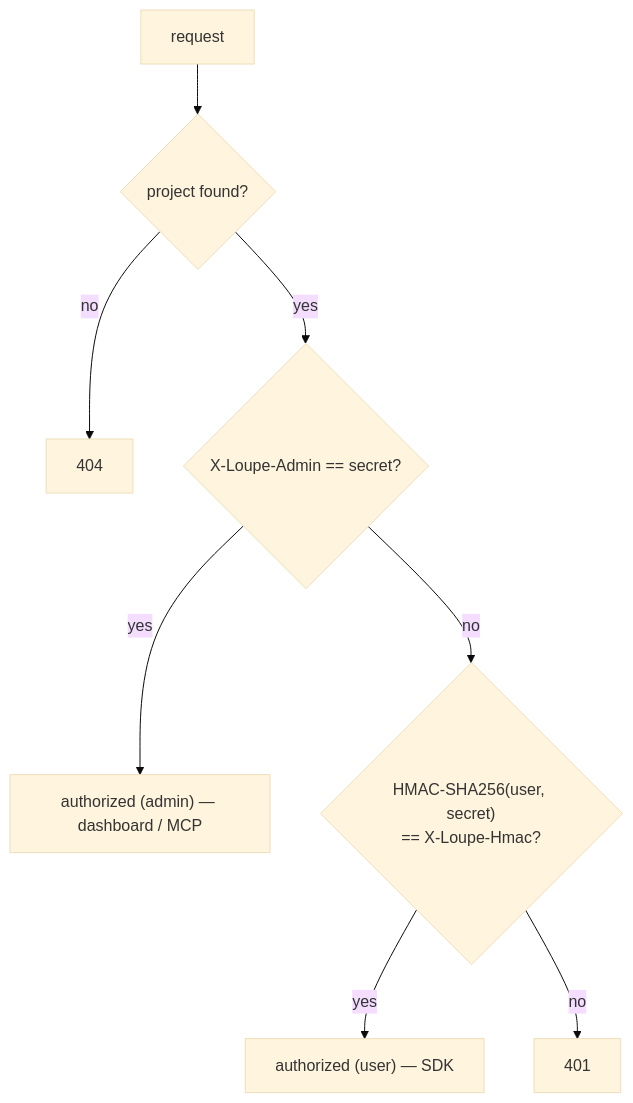
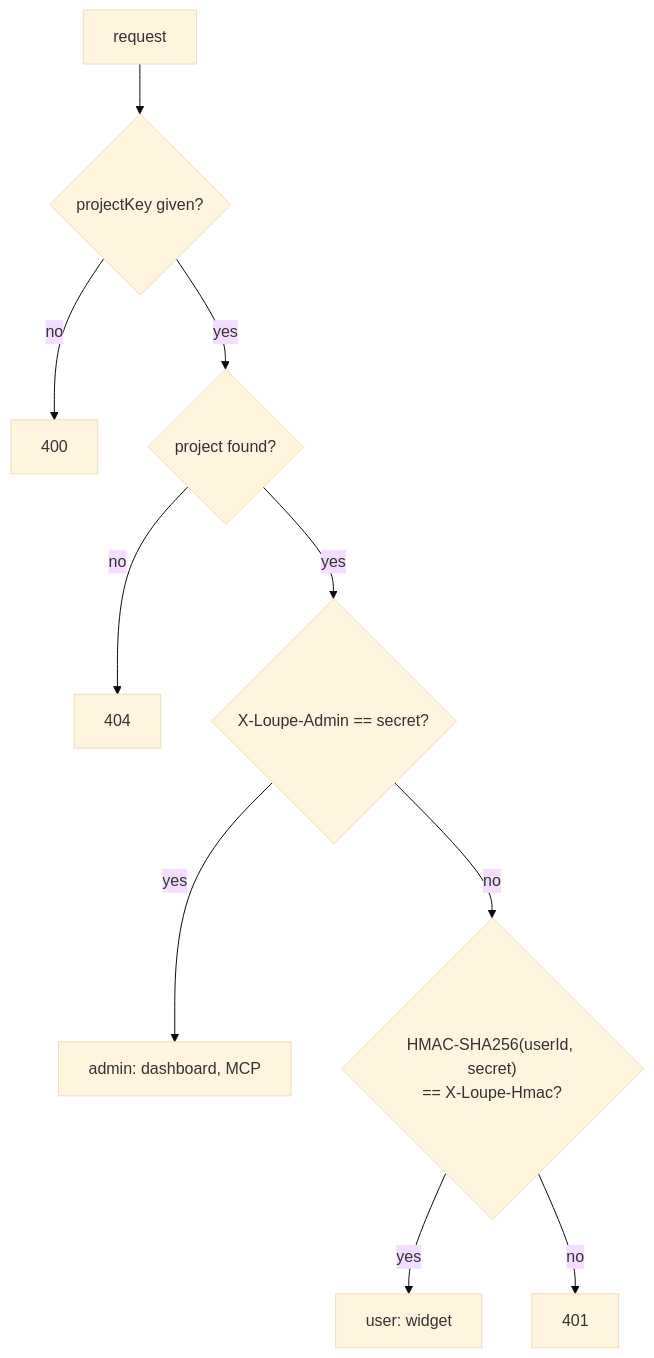
The seventh of 9 diagrams in docs/ARCHITECTURE.md (mohamed-ashraf-elsaed/loupe), drawn with Mermaid (base theme) before and after one commit. The commit also changed other lines of this file and 86 other files, not shown here.

````diff
--- a/docs/ARCHITECTURE.md
+++ b/docs/ARCHITECTURE.md
@@ -216,10 +479,12 @@
 ```mermaid
 flowchart TD
-  R["request"] --> P{"project found?"}
+  R["request"] --> K{"projectKey given?"}
+  K -- no --> E400["400"]
+  K -- yes --> P{"project found?"}
   P -- no --> E404["404"]
   P -- yes --> ADM{"X-Loupe-Admin == secret?"}
-  ADM -- yes --> OKA["authorized (admin) — dashboard / MCP"]
-  ADM -- no --> USR{"HMAC-SHA256(user, secret)<br/>== X-Loupe-Hmac?"}
-  USR -- yes --> OKU["authorized (user) — SDK"]
+  ADM -- yes --> OKA["admin: dashboard, MCP"]
+  ADM -- no --> USR{"HMAC-SHA256(userId, secret)<br/>== X-Loupe-Hmac?"}
+  USR -- yes --> OKU["user: widget"]
   USR -- no --> E401["401"]
 ```
````
